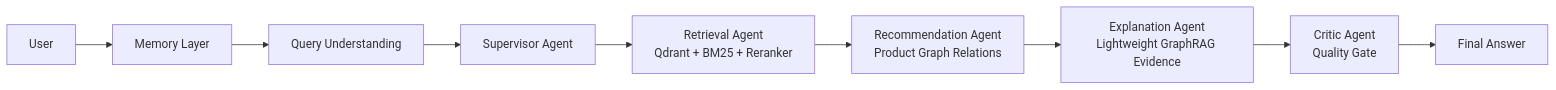
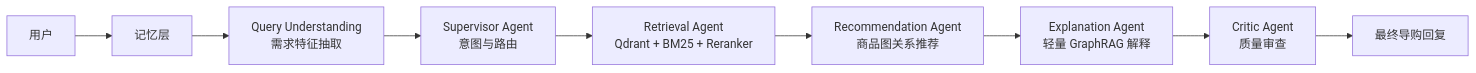
Before and after one commit to lgh88666/lgh88666-assistgen: the diagram in README.md, drawn with Mermaid. The commit also changed other lines of this file and 2 other files, not shown here.

````diff
--- a/README.md
+++ b/README.md
@@ -32,11 +32,11 @@
 ```mermaid
 flowchart LR
-  U["User"] --> M["Memory Layer"]
-  M --> Q["Query Understanding"]
-  Q --> S["Supervisor Agent"]
+  U["用户"] --> M["记忆层"]
+  M --> Q["Query Understanding<br/>需求特征抽取"]
+  Q --> S["Supervisor Agent<br/>意图与路由"]
   S --> R["Retrieval Agent<br/>Qdrant + BM25 + Reranker"]
-  R --> G["Recommendation Agent<br/>Product Graph Relations"]
-  G --> E["Explanation Agent<br/>Lightweight GraphRAG Evidence"]
-  E --> C["Critic Agent<br/>Quality Gate"]
-  C --> F["Final Answer"]
+  R --> G["Recommendation Agent<br/>商品图关系推荐"]
+  G --> E["Explanation Agent<br/>轻量 GraphRAG 解释"]
+  E --> C["Critic Agent<br/>质量审查"]
+  C --> F["最终导购回复"]
 ```
````
